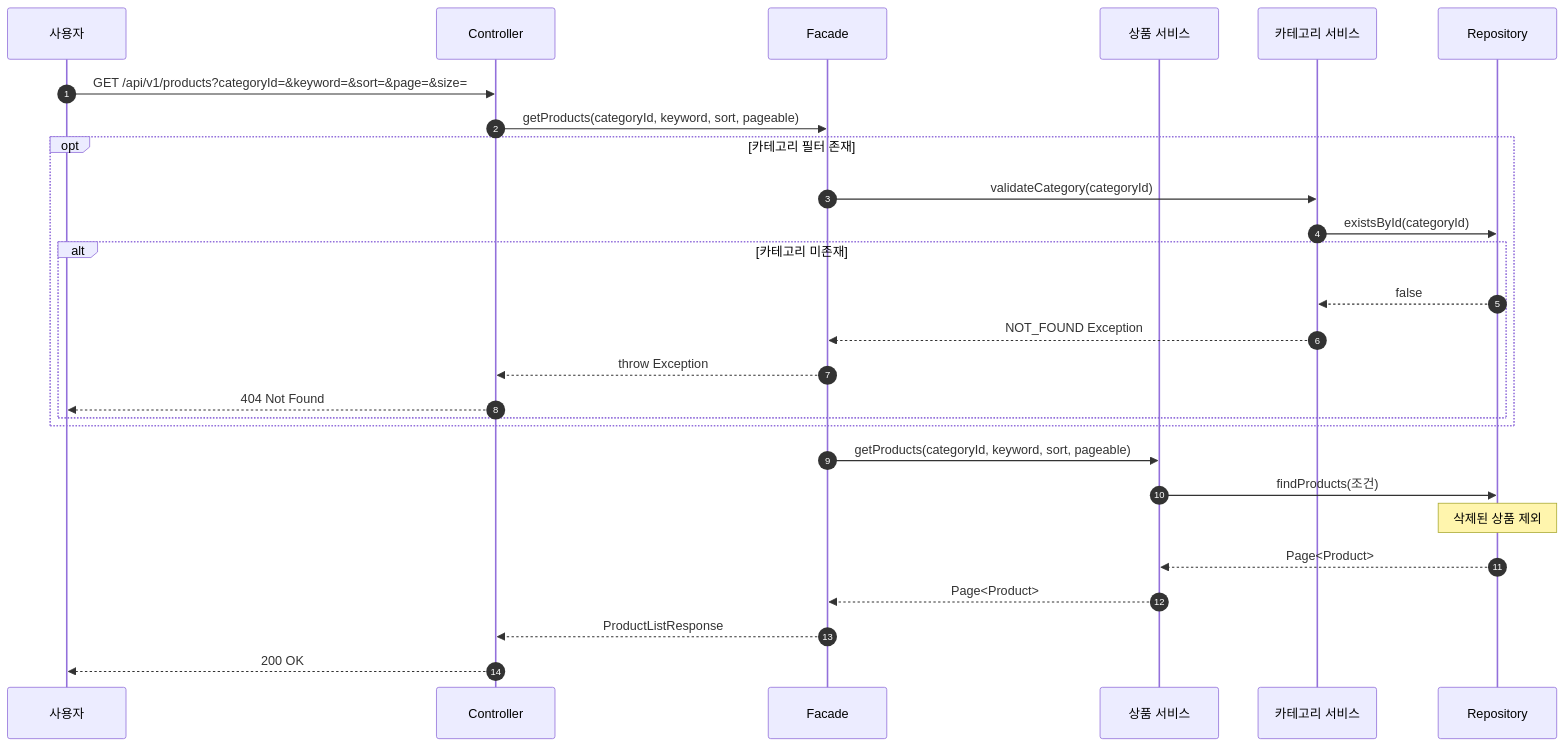
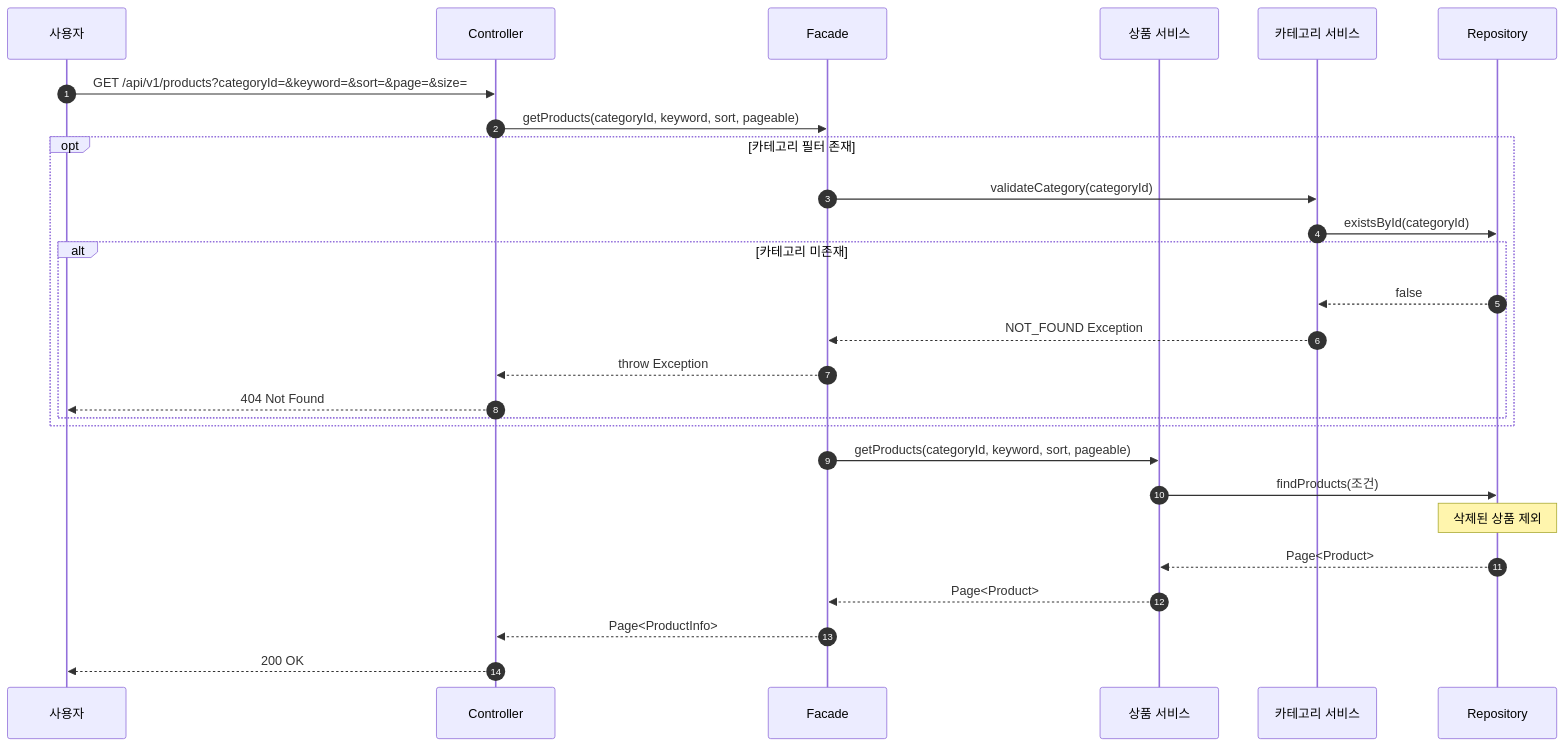
The second of 18 diagrams in docs/design/02-sequence-diagram.md (letter333/loop-pack-be-l2-vol3-java), drawn with Mermaid before and after one commit. The commit also changed other lines of this file and 4 other files, not shown here.

````diff
--- a/docs/design/02-sequence-diagram.md
+++ b/docs/design/02-sequence-diagram.md
@@ -41,33 +49,33 @@
 ```mermaid
 sequenceDiagram
     autonumber
     participant Client as 사용자
     participant Controller
     participant Facade
     participant ProductService as 상품 서비스
     participant CategoryService as 카테고리 서비스
     participant Repository
 
     Client->>Controller: GET /api/v1/products?categoryId=&keyword=&sort=&page=&size=
     Controller->>Facade: getProducts(categoryId, keyword, sort, pageable)
 
     opt 카테고리 필터 존재
         Facade->>CategoryService: validateCategory(categoryId)
         CategoryService->>Repository: existsById(categoryId)
 
         alt 카테고리 미존재
             Repository-->>CategoryService: false
             CategoryService-->>Facade: NOT_FOUND Exception
             Facade-->>Controller: throw Exception
             Controller-->>Client: 404 Not Found
         end
     end
 
     Facade->>ProductService: getProducts(categoryId, keyword, sort, pageable)
     ProductService->>Repository: findProducts(조건)
     Note over Repository: 삭제된 상품 제외
     Repository-->>ProductService: Page<Product>
     ProductService-->>Facade: Page<Product>
-    Facade-->>Controller: ProductListResponse
+    Facade-->>Controller: Page<ProductInfo>
     Controller-->>Client: 200 OK
 ```
````
